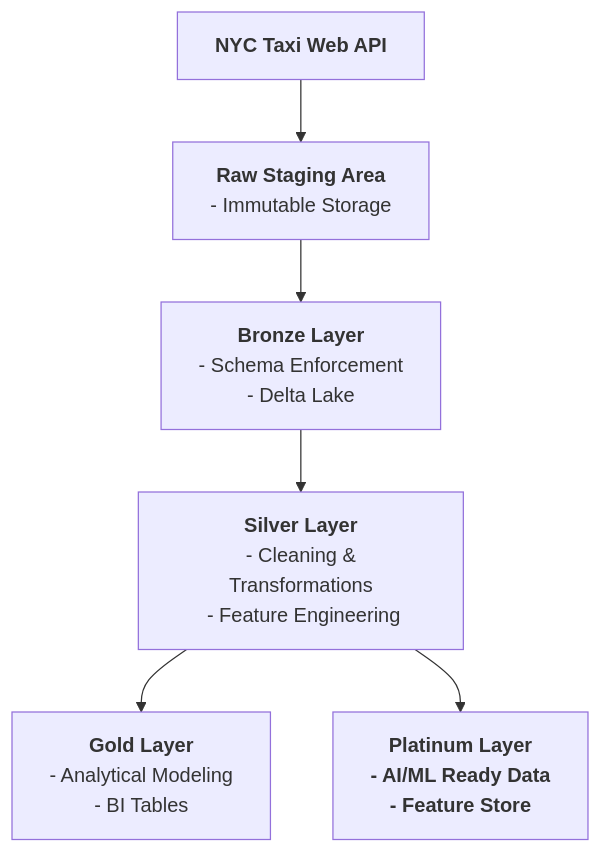
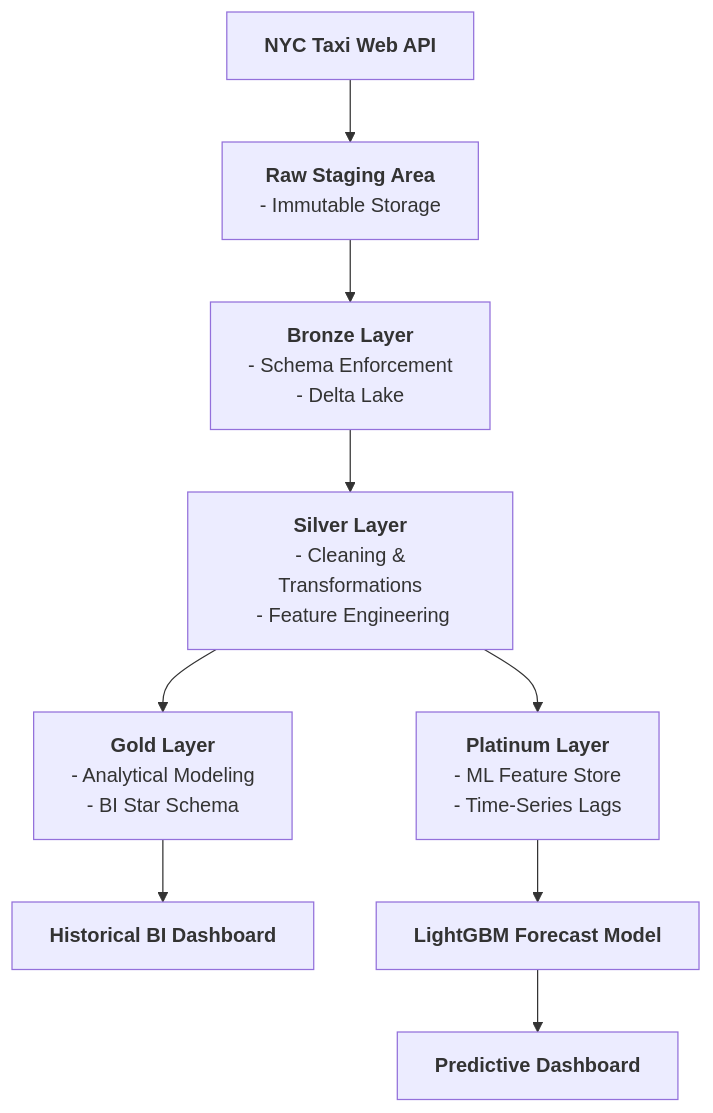
Before and after one commit to gauthamt1008/extended-medallion-architecture: the diagram in README.md, drawn with Mermaid. The commit also changed other lines of this file and 8 other files, not shown here.

Commit message:
added platinum layer

````diff
--- a/README.md
+++ b/README.md
@@ -8,13 +10,16 @@
 ```mermaid
 flowchart TD
 
     A[<b>NYC Taxi Web API</b>] --> B[<b>Raw Staging Area</b><br/> - Immutable Storage]
     
     B --> C[<b>Bronze Layer</b><br/> - Schema Enforcement<br/> - Delta Lake]
     
     C --> D[<b>Silver Layer</b><br/> - Cleaning & Transformations<br/> - Feature Engineering]
     
-    D --> E[<b>Gold Layer</b><br/> - Analytical Modeling<br/> - BI Tables]
+    D --> E[<b>Gold Layer</b><br/> - Analytical Modeling<br/> - BI Star Schema]
     
-    D --> F[<b>Platinum Layer<b><br/> - AI/ML Ready Data<br/> - Feature Store]
+    D --> F[<b>Platinum Layer</b><br/> - ML Feature Store<br/> - Time-Series Lags]
+
+    E --> G[<b>Historical BI Dashboard</b>]
+    F --> H[<b>LightGBM Forecast Model</b>] --> I[<b>Predictive Dashboard</b>]
 ```
````
